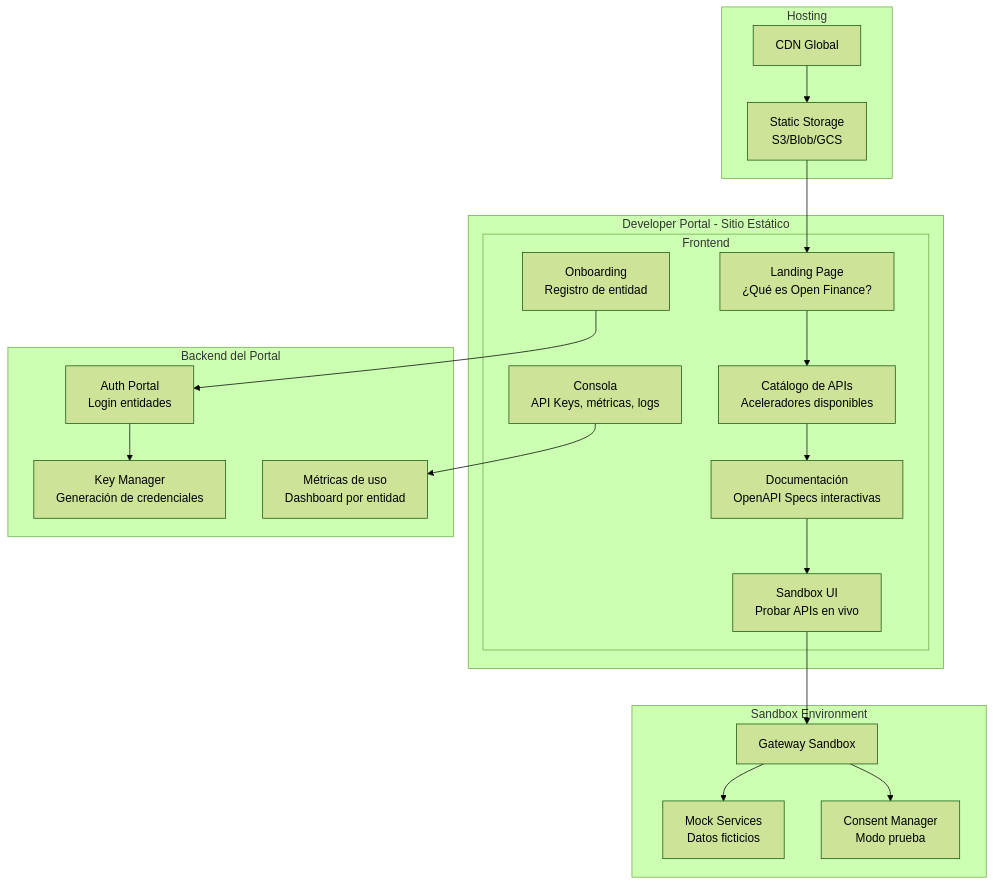
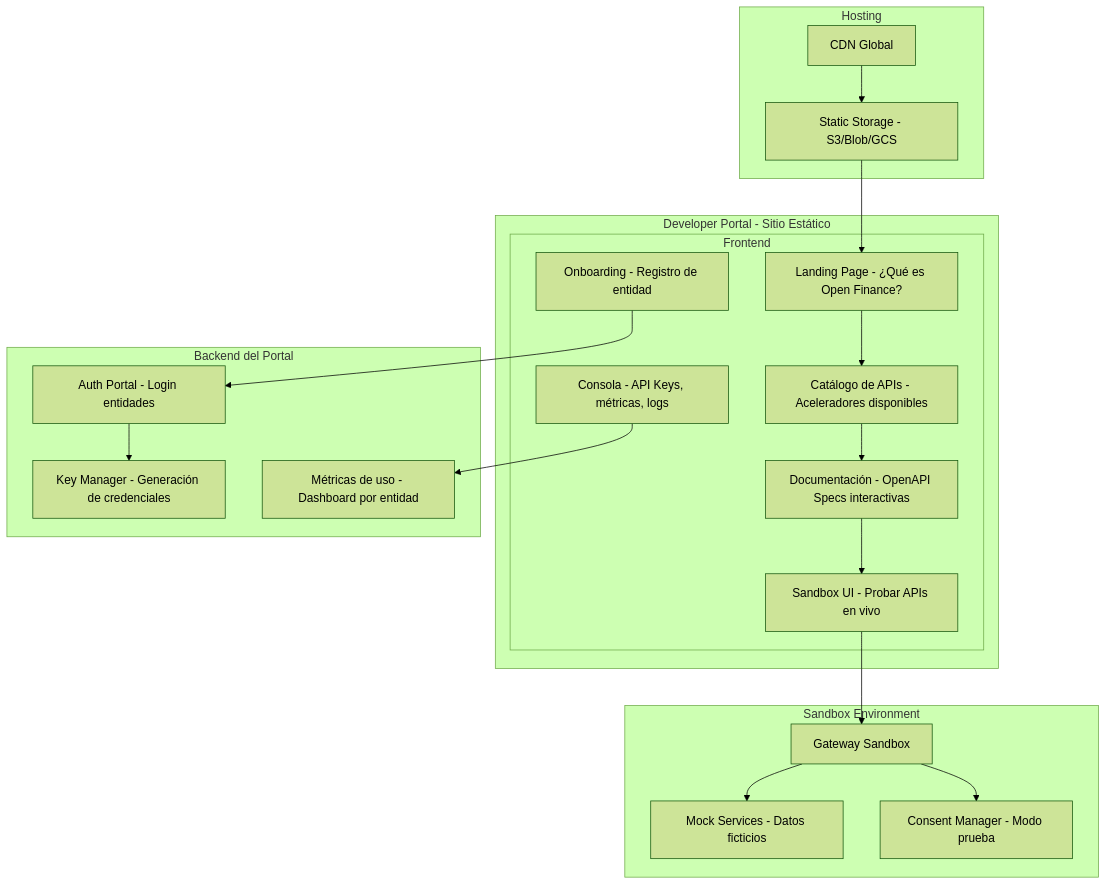
The fifth of 8 diagrams in docs/architecture/diagrams.md (somospragma/integration-consent-manager), drawn with Mermaid (forest theme) before and after one commit. The commit also changed other lines of this file and 9 other files, not shown here.

Commit message:
fix: corregir diagramas Mermaid - quitar paréntesis y \n incompatibles con GitHub

````diff
--- a/docs/architecture/diagrams.md
+++ b/docs/architecture/diagrams.md
@@ -199,43 +199,43 @@
 ```mermaid
 graph TB
     subgraph "Developer Portal - Sitio Estático"
         subgraph "Frontend"
-            HOME[Landing Page\n¿Qué es Open Finance?]
-            CAT[Catálogo de APIs\nAceleradores disponibles]
-            DOCS_PAGE[Documentación\nOpenAPI Specs interactivas]
-            SANDBOX_UI[Sandbox UI\nProbar APIs en vivo]
-            ONBOARD[Onboarding\nRegistro de entidad]
-            CONSOLE[Consola\nAPI Keys, métricas, logs]
+            HOME[Landing Page - ¿Qué es Open Finance?]
+            CAT[Catálogo de APIs - Aceleradores disponibles]
+            DOCS_PAGE[Documentación - OpenAPI Specs interactivas]
+            SANDBOX_UI[Sandbox UI - Probar APIs en vivo]
+            ONBOARD[Onboarding - Registro de entidad]
+            CONSOLE[Consola - API Keys, métricas, logs]
         end
     end
 
     subgraph "Backend del Portal"
-        AUTH_P[Auth Portal\nLogin entidades]
-        KEY_MGR[Key Manager\nGeneración de credenciales]
-        METRICS[Métricas de uso\nDashboard por entidad]
+        AUTH_P[Auth Portal - Login entidades]
+        KEY_MGR[Key Manager - Generación de credenciales]
+        METRICS[Métricas de uso - Dashboard por entidad]
     end
 
     subgraph "Sandbox Environment"
         SB_GW[Gateway Sandbox]
-        SB_MOCK[Mock Services\nDatos ficticios]
-        SB_CM[Consent Manager\nModo prueba]
+        SB_MOCK[Mock Services - Datos ficticios]
+        SB_CM[Consent Manager - Modo prueba]
     end
 
     subgraph "Hosting"
         CDN[CDN Global]
-        STATIC[Static Storage\nS3/Blob/GCS]
+        STATIC[Static Storage - S3/Blob/GCS]
     end
 
     HOME --> CAT
     CAT --> DOCS_PAGE
     DOCS_PAGE --> SANDBOX_UI
     SANDBOX_UI --> SB_GW
     SB_GW --> SB_MOCK
     SB_GW --> SB_CM
     ONBOARD --> AUTH_P
     AUTH_P --> KEY_MGR
     CONSOLE --> METRICS
 
     CDN --> STATIC
     STATIC --> HOME
 ```
````
